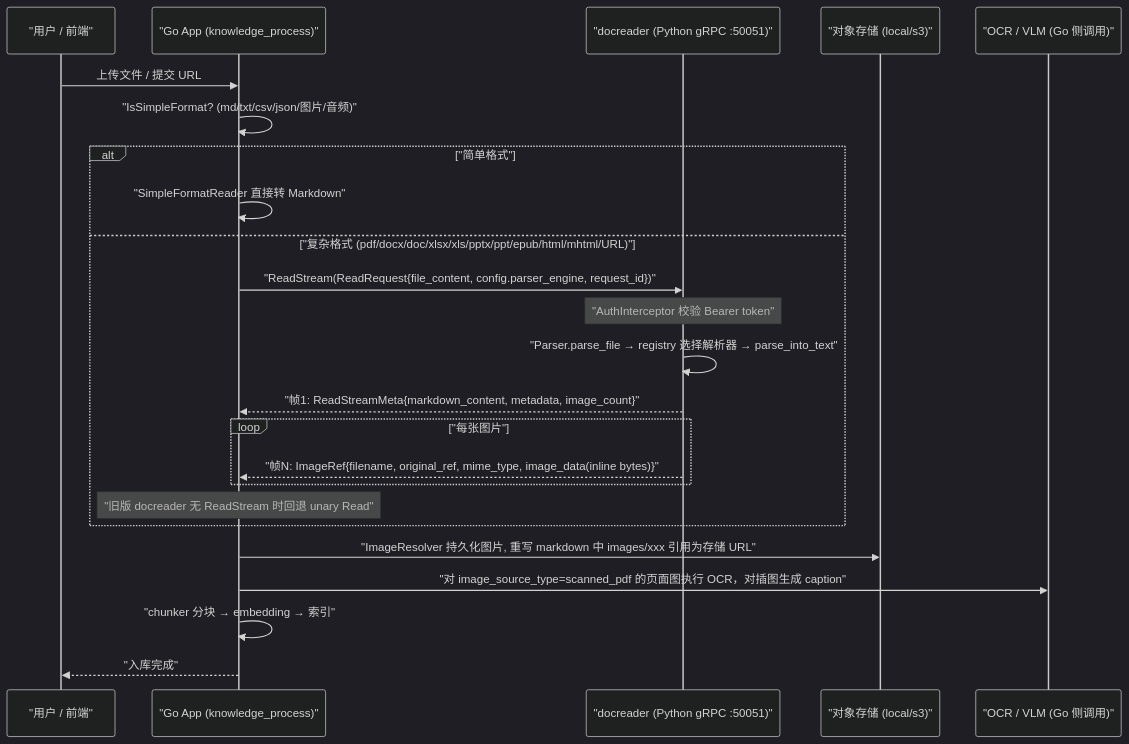
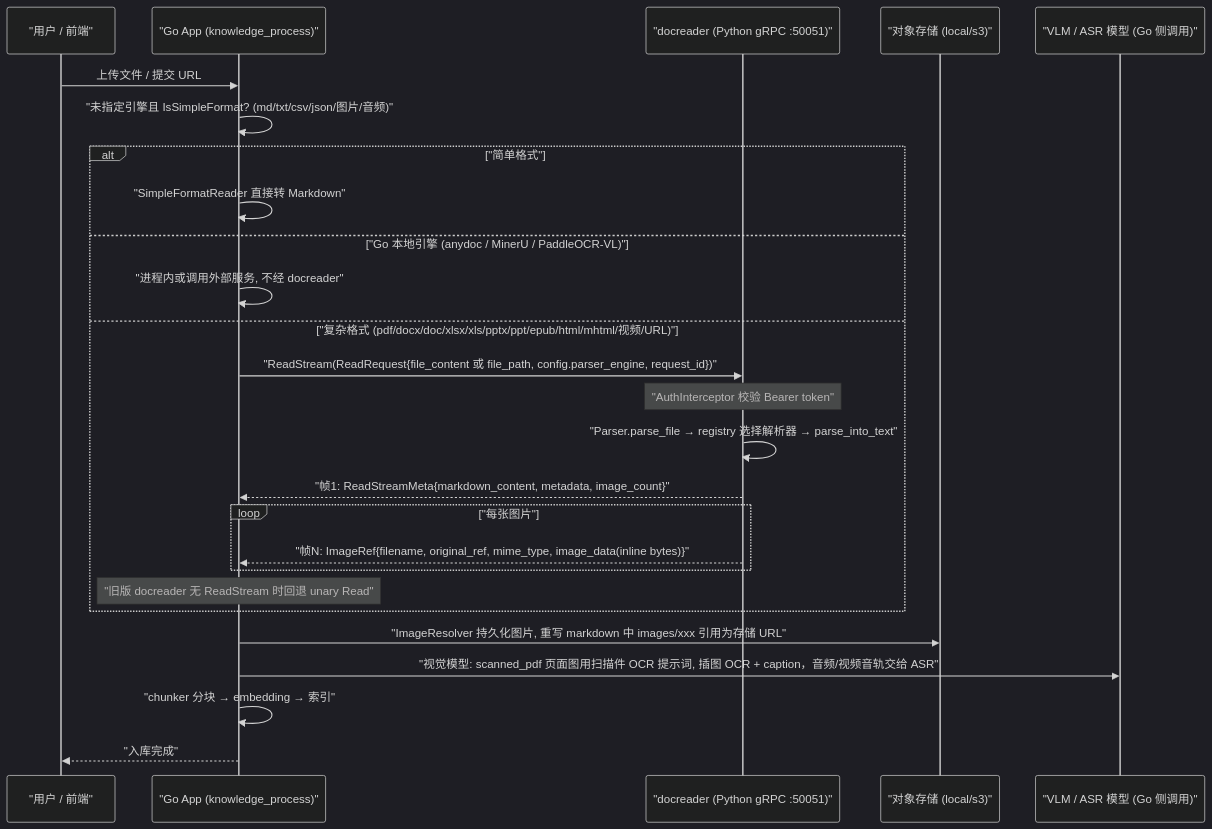
One commit to magicyuan876/Yuheng changed the first of 2 diagrams in website-docs/03-features/03-document-parsing.md. Above: the diagram before and after it, drawn with Mermaid (dark theme). The commit also changed other lines of this file and 18 other files, not shown here.

````diff
--- a/website-docs/03-features/03-document-parsing.md
+++ b/website-docs/03-features/03-document-parsing.md
@@ -80,27 +85,29 @@
 ```mermaid
 sequenceDiagram
     participant U as "用户 / 前端"
     participant G as "Go App (knowledge_process)"
     participant D as "docreader (Python gRPC :50051)"
     participant S as "对象存储 (local/s3)"
-    participant M as "OCR / VLM (Go 侧调用)"
+    participant M as "VLM / ASR 模型 (Go 侧调用)"
 
     U->>G: 上传文件 / 提交 URL
-    G->>G: "IsSimpleFormat? (md/txt/csv/json/图片/音频)"
+    G->>G: "未指定引擎且 IsSimpleFormat? (md/txt/csv/json/图片/音频)"
     alt "简单格式"
         G->>G: "SimpleFormatReader 直接转 Markdown"
-    else "复杂格式 (pdf/docx/doc/xlsx/xls/pptx/ppt/epub/html/mhtml/URL)"
-        G->>D: "ReadStream(ReadRequest{file_content, config.parser_engine, request_id})"
+    else "Go 本地引擎 (anydoc / MinerU / PaddleOCR-VL)"
+        G->>G: "进程内或调用外部服务, 不经 docreader"
+    else "复杂格式 (pdf/docx/doc/xlsx/xls/pptx/ppt/epub/html/mhtml/视频/URL)"
+        G->>D: "ReadStream(ReadRequest{file_content 或 file_path, config.parser_engine, request_id})"
         Note over D: "AuthInterceptor 校验 Bearer token"
         D->>D: "Parser.parse_file → registry 选择解析器 → parse_into_text"
         D-->>G: "帧1: ReadStreamMeta{markdown_content, metadata, image_count}"
         loop "每张图片"
             D-->>G: "帧N: ImageRef{filename, original_ref, mime_type, image_data(inline bytes)}"
         end
         Note over G: "旧版 docreader 无 ReadStream 时回退 unary Read"
     end
     G->>S: "ImageResolver 持久化图片, 重写 markdown 中 images/xxx 引用为存储 URL"
-    G->>M: "对 image_source_type=scanned_pdf 的页面图执行 OCR，对插图生成 caption"
+    G->>M: "视觉模型: scanned_pdf 页面图用扫描件 OCR 提示词, 插图 OCR + caption，音频/视频音轨交给 ASR"
     G->>G: "chunker 分块 → embedding → 索引"
     G-->>U: "入库完成"
 ```
````
